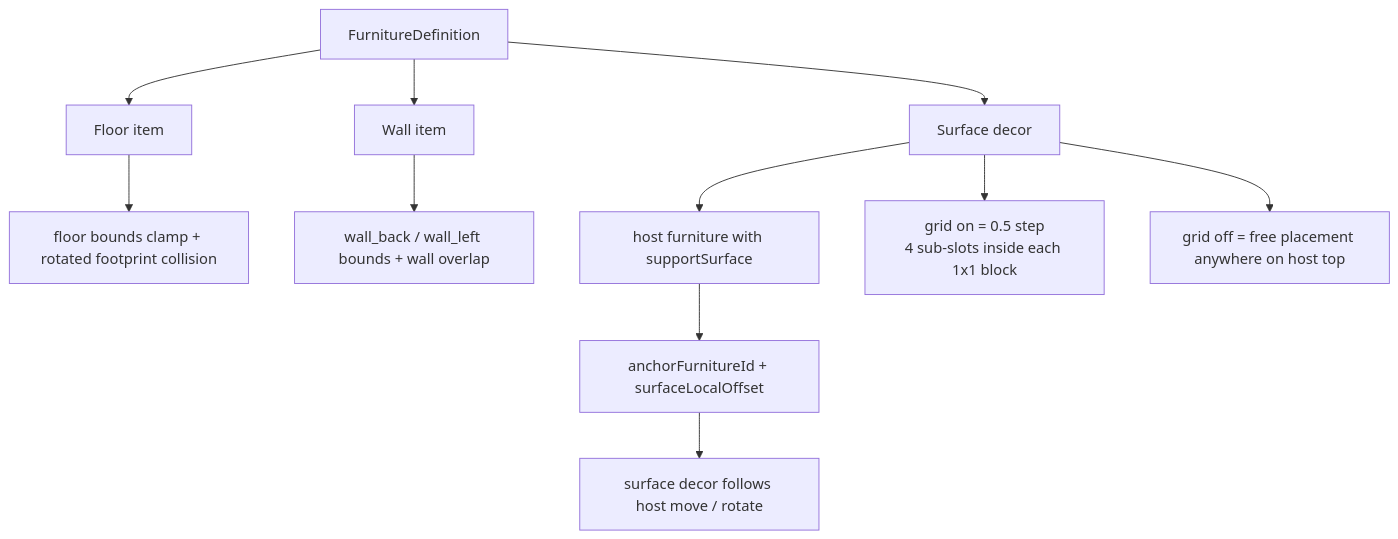
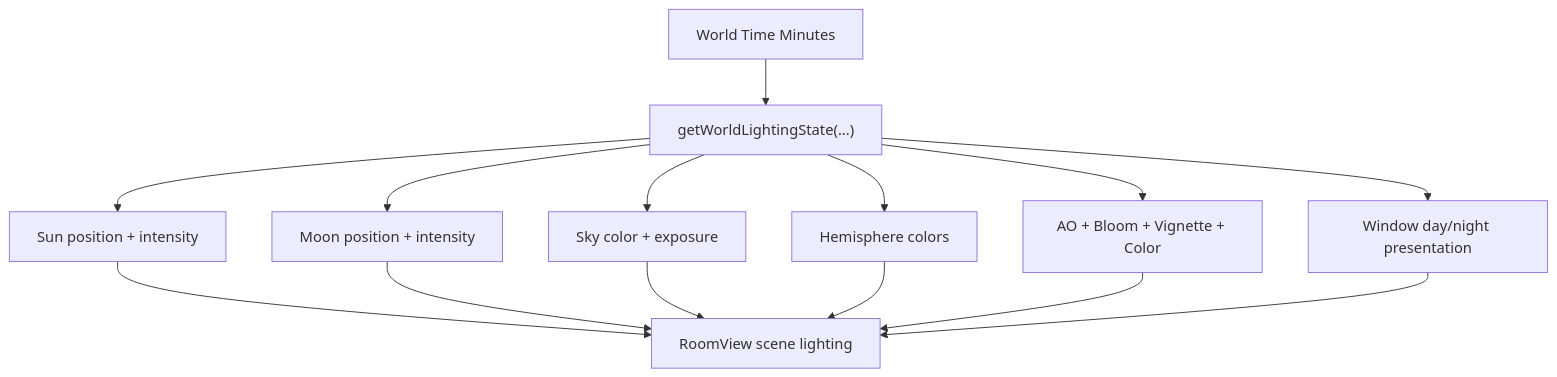
One commit to Erlavush/FAHHH changed the fourth of 6 diagrams in docs/DIAGRAMS.md. Above: the diagram before and after it, drawn with Mermaid. The commit also changed other lines of this file and 16 other files, not shown here.

Commit message:
Refine world lighting and add basic sky render mode

````diff
--- a/docs/DIAGRAMS.md
+++ b/docs/DIAGRAMS.md
@@ -54,15 +76,17 @@
 ```mermaid
 flowchart TD
-  Def["FurnitureDefinition"] --> Floor["Floor item"]
-  Def --> Wall["Wall item"]
-  Def --> Surface["Surface decor"]
+  Clock["World Time Minutes"] --> Lighting["getWorldLightingState(...)"]
+  Lighting --> Sun["Sun position + intensity"]
+  Lighting --> Moon["Moon position + intensity"]
+  Lighting --> Sky["Sky color + exposure"]
+  Lighting --> Hemi["Hemisphere colors"]
+  Lighting --> Post["AO + Bloom + Vignette + Color"]
+  Lighting --> Windows["Window day/night presentation"]
 
-  Floor --> FloorRules["floor bounds clamp + rotated footprint collision"]
-  Wall --> WallRules["wall_back / wall_left bounds + wall overlap"]
-  Surface --> Host["host furniture with supportSurface"]
-  Host --> Anchor["anchorFurnitureId + surfaceLocalOffset"]
-  Anchor --> Sync["surface decor follows host move / rotate"]
-
-  Surface --> Snap["grid on = 0.5 step<br/>4 sub-slots inside each 1x1 block"]
-  Surface --> Free["grid off = free placement anywhere on host top"]
+  Sun --> Scene["RoomView scene lighting"]
+  Moon --> Scene
+  Sky --> Scene
+  Hemi --> Scene
+  Post --> Scene
+  Windows --> Scene
 ```
````
